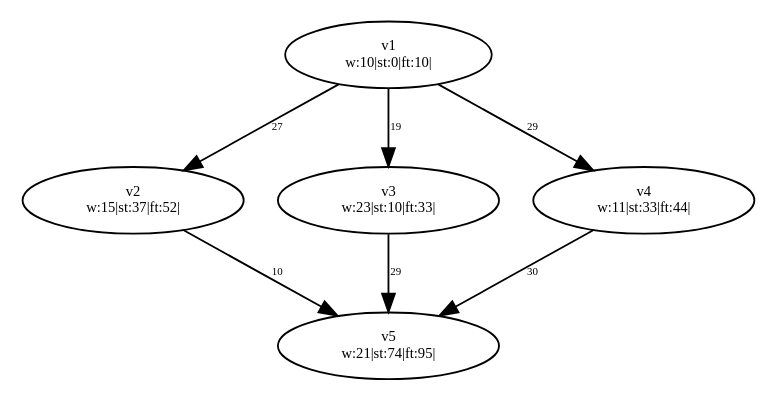
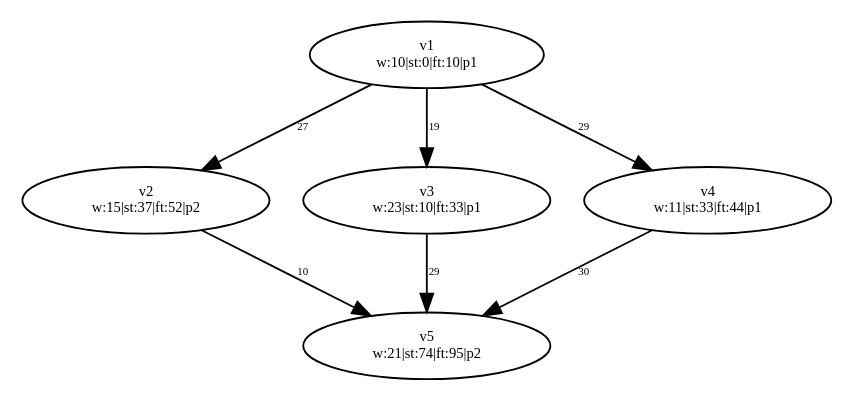
Before and after one commit to dexters1/Task-Scheduling-Based-on-Genetic-Algorithms: the diagram in PythonApplication1/PythonApplication1/test-output/testingProccesingFunction.gv, drawn with Graphviz. The commit also changed 15 other files, not shown here.

```diff
--- a/PythonApplication1/PythonApplication1/test-output/testingProccesingFunction.gv
+++ b/PythonApplication1/PythonApplication1/test-output/testingProccesingFunction.gv
@@ -1,18 +1,18 @@
 digraph {
 	v1 [label="v1
-w:10|st:0|ft:10|" fontsize=8.0]
+w:10|st:0|ft:10|p1" fontsize=8.0]
 	v2 [label="v2
-w:15|st:37|ft:52|" fontsize=8.0]
+w:15|st:37|ft:52|p2" fontsize=8.0]
 	v3 [label="v3
-w:23|st:10|ft:33|" fontsize=8.0]
+w:23|st:10|ft:33|p1" fontsize=8.0]
 	v4 [label="v4
-w:11|st:33|ft:44|" fontsize=8.0]
+w:11|st:33|ft:44|p1" fontsize=8.0]
 	v5 [label="v5
-w:21|st:74|ft:95|" fontsize=8.0]
+w:21|st:74|ft:95|p2" fontsize=8.0]
 	v1 -> v2 [label=27 constraint=true fontsize=6.0]
 	v1 -> v3 [label=19 constraint=true fontsize=6.0]
 	v1 -> v4 [label=29 constraint=true fontsize=6.0]
 	v2 -> v5 [label=10 constraint=true fontsize=6.0]
 	v3 -> v5 [label=29 constraint=true fontsize=6.0]
 	v4 -> v5 [label=30 constraint=true fontsize=6.0]
 }
```
